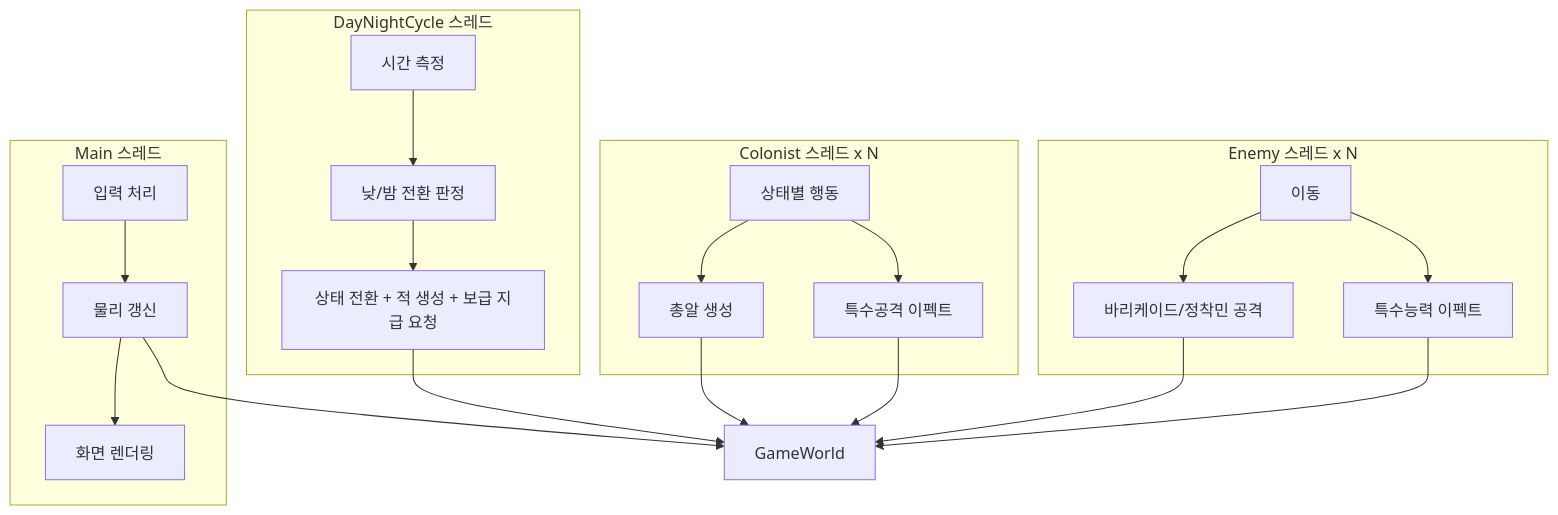
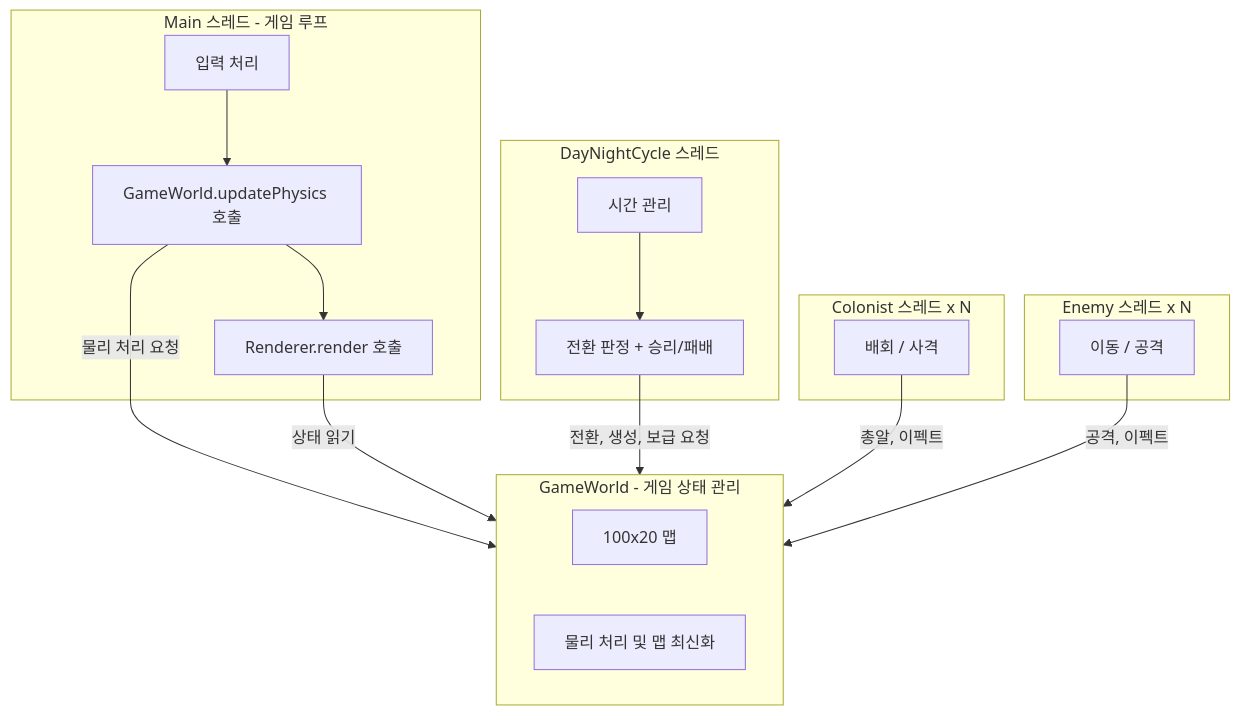
Diagram 12 of 18 in week6/CLAUDE.md (weweweme/teamnova_basic_class), drawn with Mermaid before and after one commit. The commit also changed other lines of this file and 3 other files, not shown here.

````diff
--- a/week6/CLAUDE.md
+++ b/week6/CLAUDE.md
@@ -457,29 +467,31 @@
 ```mermaid
 graph TD
-    subgraph Main["Main 스레드"]
-        INPUT[입력 처리] --> PHYSICS[물리 갱신]
-        PHYSICS --> RENDER[화면 렌더링]
+    subgraph Main["Main 스레드 - 게임 루프"]
+        M1[입력 처리] --> M2[GameWorld.updatePhysics 호출]
+        M2 --> M3[Renderer.render 호출]
+    end
+
+    subgraph GW["GameWorld - 게임 상태 관리"]
+        direction LR
+        GW1["100x20 맵"]
+        GW2["물리 처리 및 맵 최신화"]
     end
 
     subgraph DNC["DayNightCycle 스레드"]
-        TIME[시간 측정] --> TRANSITION[낮/밤 전환 판정]
-        TRANSITION --> GW_CALL[상태 전환 + 적 생성 + 보급 지급 요청]
+        D1[시간 관리] --> D2[전환 판정 + 승리/패배]
     end
 
     subgraph COL["Colonist 스레드 x N"]
-        STATE[상태별 행동] --> SHOOT[총알 생성]
-        STATE --> SKILL[특수공격 이펙트]
+        C1[배회 / 사격]
     end
 
     subgraph ENE["Enemy 스레드 x N"]
-        MOVE[이동] --> ATTACK[바리케이드/정착민 공격]
-        MOVE --> ESKILL[특수능력 이펙트]
+        E1[이동 / 공격]
     end
 
-    GW_CALL --> GW[GameWorld]
-    PHYSICS --> GW
-    SHOOT --> GW
-    SKILL --> GW
-    ATTACK --> GW
-    ESKILL --> GW
+    M2 -->|물리 처리 요청| GW
+    M3 -->|상태 읽기| GW
+    D2 -->|전환, 생성, 보급 요청| GW
+    C1 -->|총알, 이펙트| GW
+    E1 -->|공격, 이펙트| GW
 ```
````
